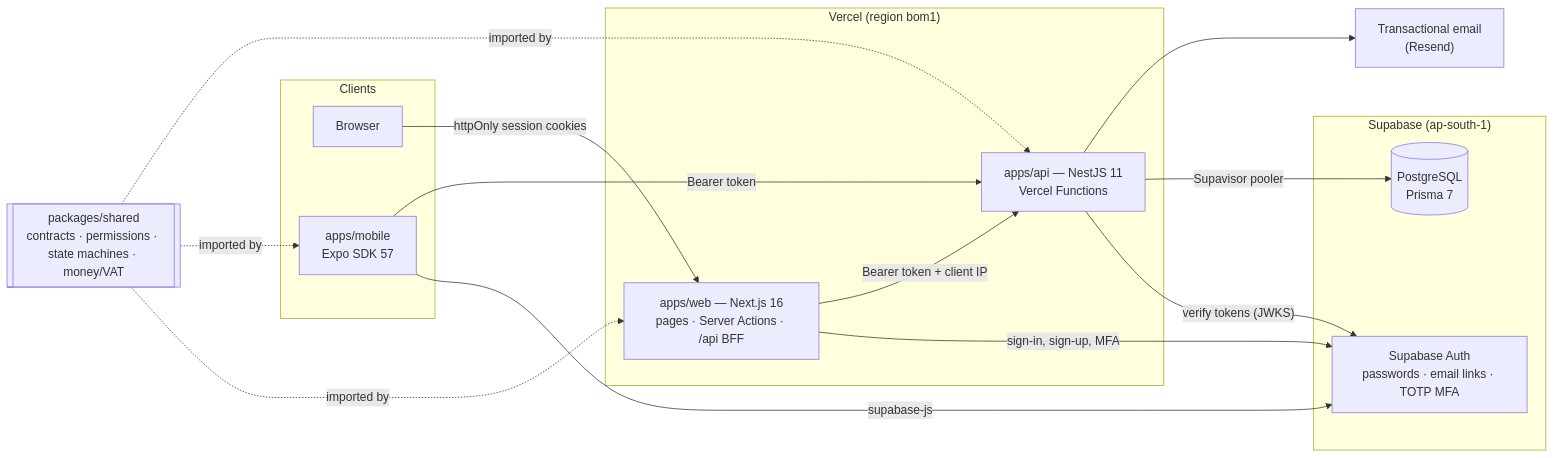
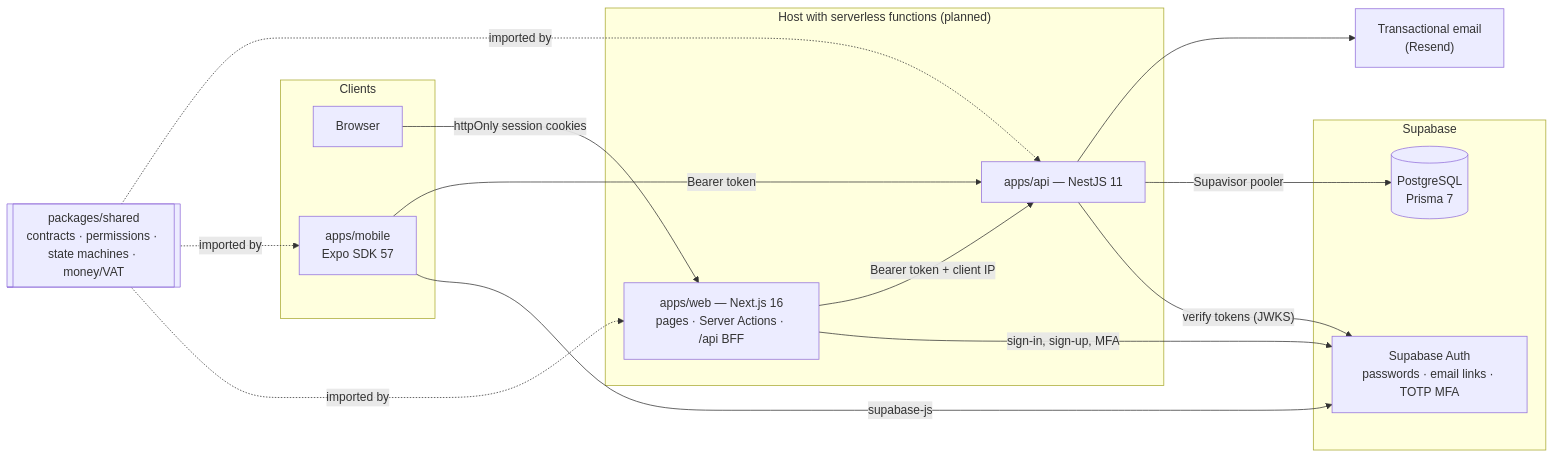
One commit to fasharif/topflow changed the diagram in README.md. Above: the diagram before and after it, drawn with Mermaid. The commit also changed other lines of this file and 1 other file, not shown here.

````diff
--- a/README.md
+++ b/README.md
@@ -51,29 +54,29 @@
 ```mermaid
 flowchart LR
   subgraph Clients
     BROWSER["Browser"]
     MOB["apps/mobile<br/>Expo SDK 57"]
   end
-  subgraph Vercel["Vercel (region bom1)"]
+  subgraph Host["Host with serverless functions (planned)"]
     WEB["apps/web — Next.js 16<br/>pages · Server Actions · /api BFF"]
-    API["apps/api — NestJS 11<br/>Vercel Functions"]
+    API["apps/api — NestJS 11"]
   end
-  subgraph Supabase["Supabase (ap-south-1)"]
+  subgraph Supabase["Supabase"]
     AUTH["Supabase Auth<br/>passwords · email links · TOTP MFA"]
     DB[("PostgreSQL<br/>Prisma 7")]
   end
   SHARED[["packages/shared<br/>contracts · permissions · state machines · money/VAT"]]
   MAIL["Transactional email<br/>(Resend)"]
 
   BROWSER -- "httpOnly session cookies" --> WEB
   WEB -- "sign-in, sign-up, MFA" --> AUTH
   WEB -- "Bearer token + client IP" --> API
   MOB -- "supabase-js" --> AUTH
   MOB -- "Bearer token" --> API
   API -- "verify tokens (JWKS)" --> AUTH
   API -- "Supavisor pooler" --> DB
   API --> MAIL
   SHARED -. imported by .-> WEB
   SHARED -. imported by .-> MOB
   SHARED -. imported by .-> API
 ```
````
